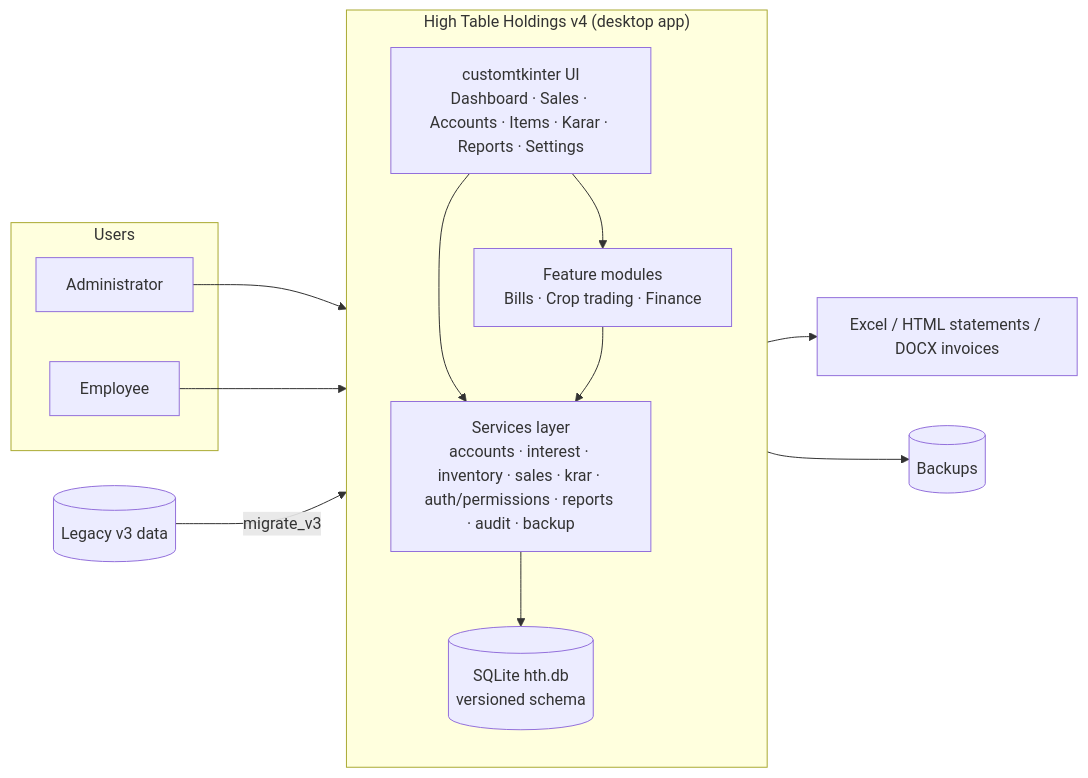
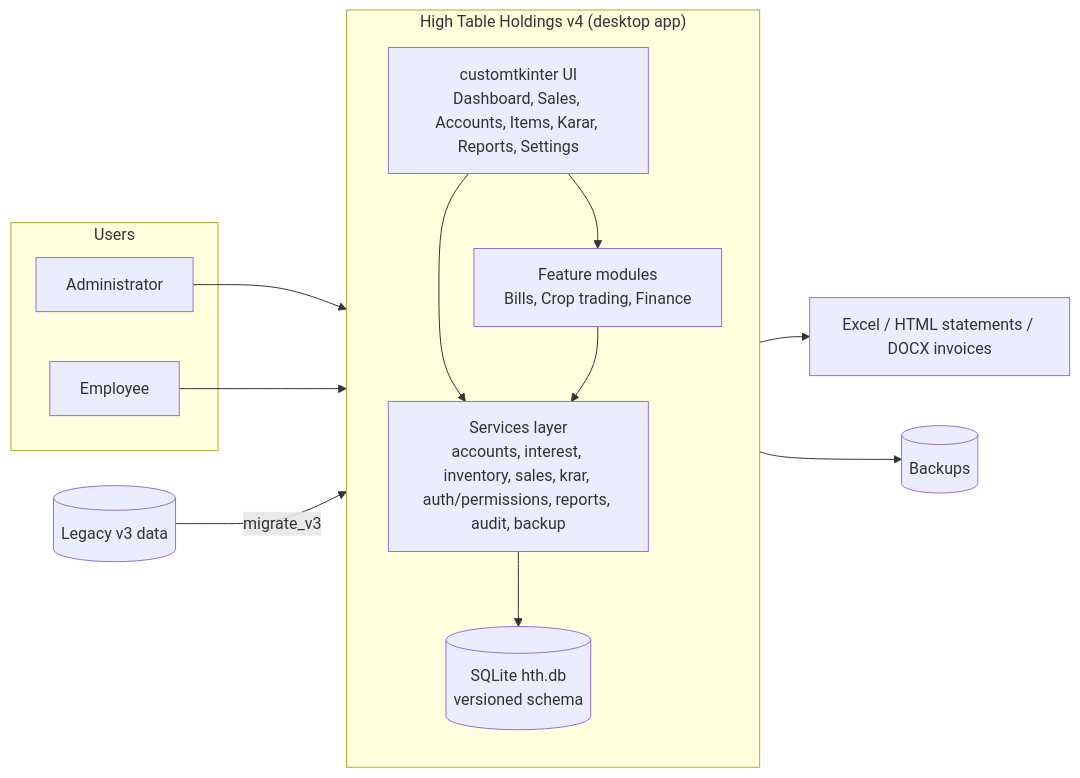
The diagram in sme/01_Abstract.md (Parmodsihag/jbbv4), drawn with Mermaid before and after one commit. The commit also changed 40 other files, not shown here.

````diff
--- a/sme/01_Abstract.md
+++ b/sme/01_Abstract.md
@@ -51,22 +51,22 @@
 ```mermaid
 flowchart LR
   subgraph Users
     A[Administrator]
     E[Employee]
   end
   subgraph HTH["High Table Holdings v4 (desktop app)"]
     direction TB
-    UI[customtkinter UI<br/>Dashboard · Sales · Accounts · Items · Karar · Reports · Settings]
-    SVC[Services layer<br/>accounts · interest · inventory · sales · krar · auth/permissions · reports · audit · backup]
-    MOD[Feature modules<br/>Bills · Crop trading · Finance]
+    UI[customtkinter UI<br/>Dashboard, Sales, Accounts, Items, Karar, Reports, Settings]
+    SVC[Services layer<br/>accounts, interest, inventory, sales, krar, auth/permissions, reports, audit, backup]
+    MOD[Feature modules<br/>Bills, Crop trading, Finance]
     DB[(SQLite hth.db<br/>versioned schema)]
     UI --> SVC --> DB
     MOD --> SVC
     UI --> MOD
   end
   A --> UI
   E --> UI
   SVC --> XLS[Excel / HTML statements / DOCX invoices]
   V3[(Legacy v3 data)] -->|migrate_v3| SVC
   SVC --> BK[(Backups)]
 ```
````
